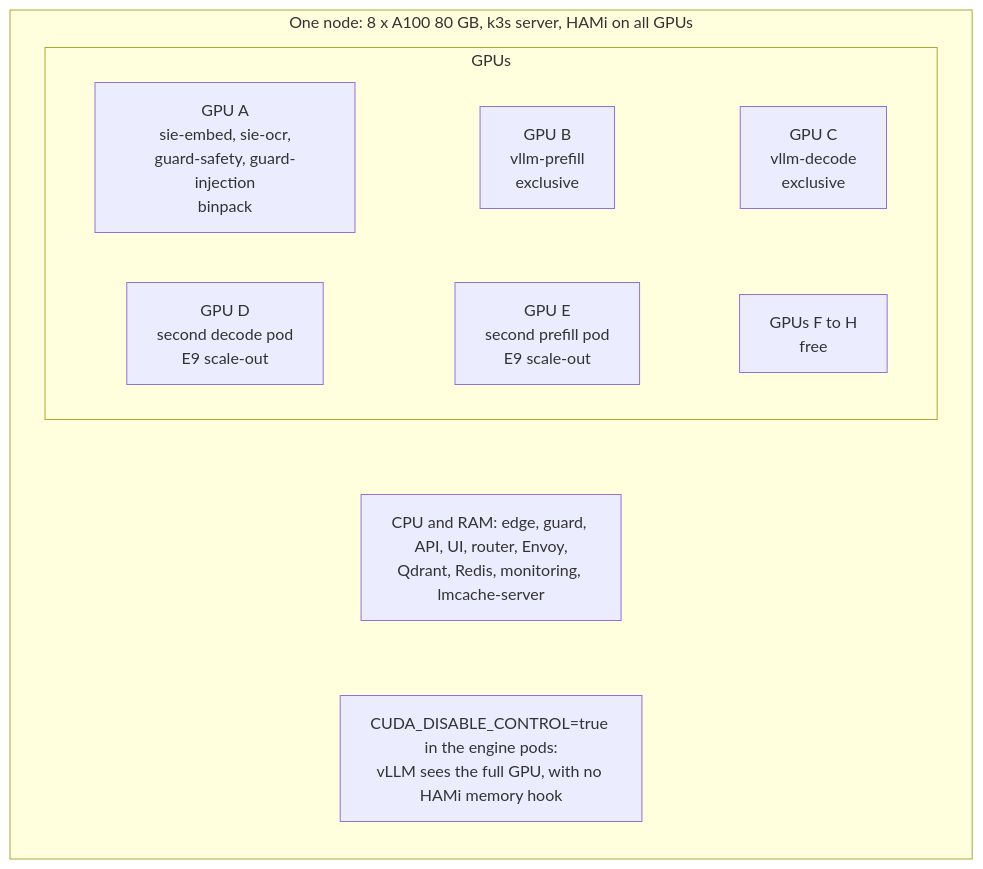
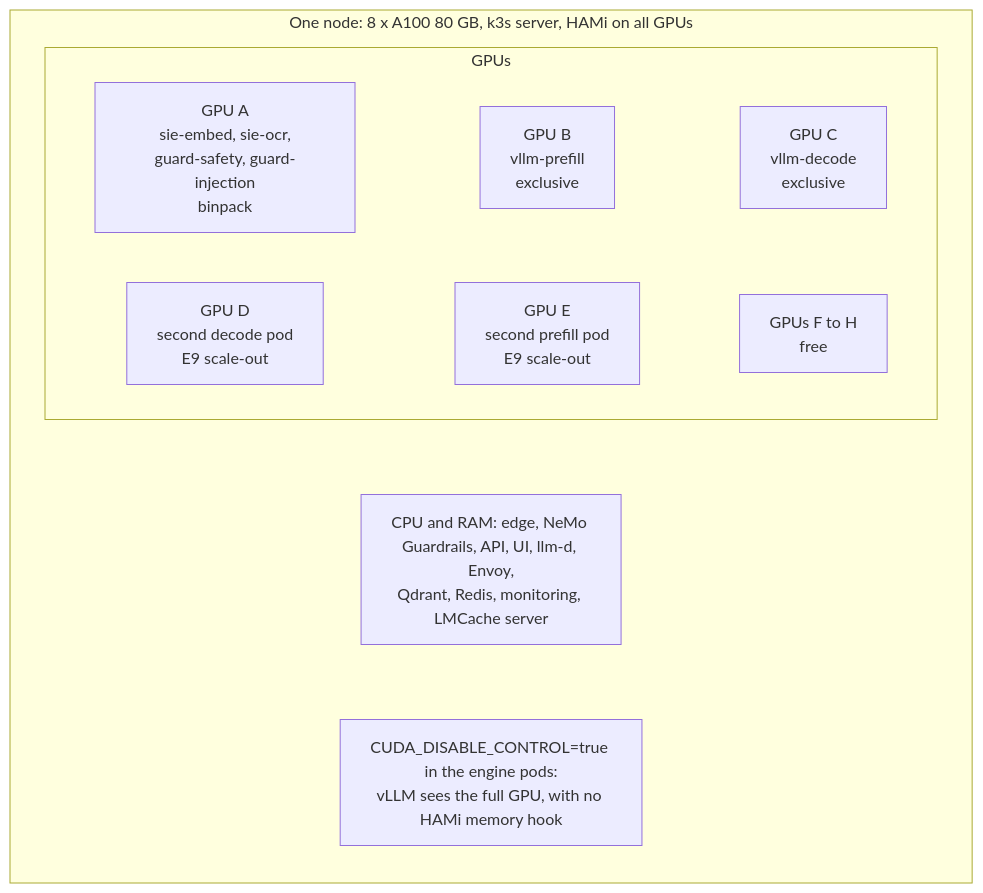
The fourth of 13 diagrams in docs/spec/09-architecture.md (chetananand/learning-companion-serving), drawn with Mermaid before and after one commit. The commit also changed other lines of this file and 4 other files, not shown here.

First line of the commit message:
Docs: one architecture, with the names of the slide diagram everywhere

````diff
--- a/docs/spec/09-architecture.md
+++ b/docs/spec/09-architecture.md
@@ -111,14 +118,14 @@
 ```mermaid
 flowchart TB
   subgraph node[One node: 8 x A100 80 GB, k3s server, HAMi on all GPUs]
     direction TB
     subgraph gpus[GPUs]
       direction LR
       g0[GPU A<br/>sie-embed, sie-ocr,<br/>guard-safety, guard-injection<br/>binpack] ~~~ g1[GPU B<br/>vllm-prefill<br/>exclusive] ~~~ g2[GPU C<br/>vllm-decode<br/>exclusive]
       g3[GPU D<br/>second decode pod<br/>E9 scale-out] ~~~ g4[GPU E<br/>second prefill pod<br/>E9 scale-out] ~~~ g5[GPUs F to H<br/>free]
     end
-    cpu[CPU and RAM: edge, guard, API, UI, router, Envoy,<br/>Qdrant, Redis, monitoring, lmcache-server]
+    cpu[CPU and RAM: edge, NeMo Guardrails, API, UI, llm-d, Envoy,<br/>Qdrant, Redis, monitoring, LMCache server]
     note[CUDA_DISABLE_CONTROL=true in the engine pods:<br/>vLLM sees the full GPU, with no HAMi memory hook]
     gpus ~~~ cpu ~~~ note
   end
 ```
````
